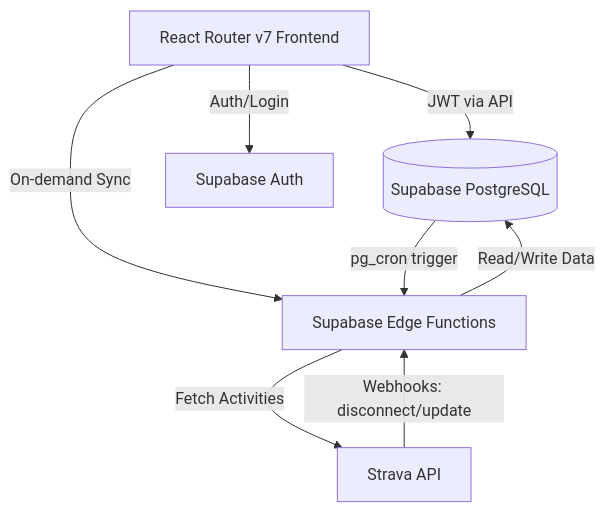
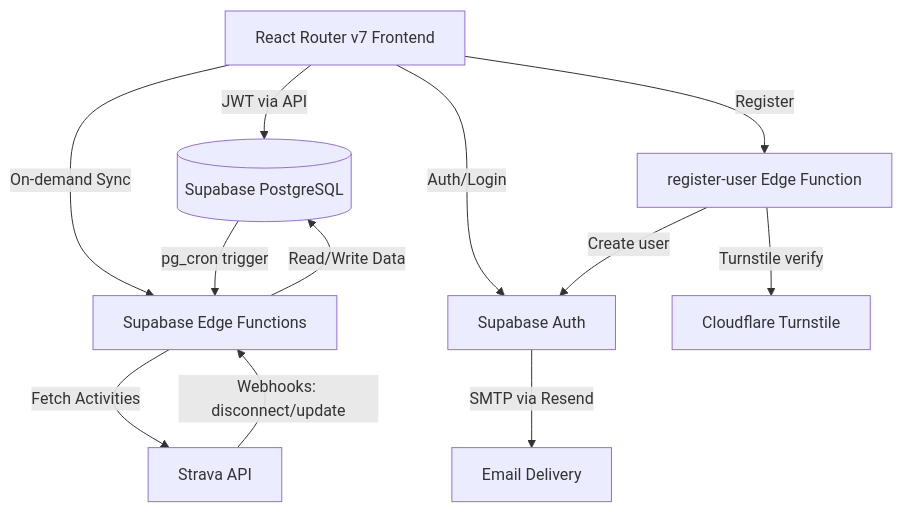
Before and after one commit to AC3m/synek: the first of 2 diagrams in docs/architecture/overview.md, drawn with Mermaid. The commit also changed other lines of this file and 16 other files, not shown here.

````diff
--- a/docs/architecture/overview.md
+++ b/docs/architecture/overview.md
@@ -16,19 +18,24 @@
 ```mermaid
 graph TD;
     Client[React Router v7 Frontend]
     SupabaseDB[(Supabase PostgreSQL)]
     EdgeAuth[Supabase Auth]
     EdgeFunc[Supabase Edge Functions]
     StravaAPI[Strava API]
 
     Client -->|JWT via API| SupabaseDB
     Client -->|Auth/Login| EdgeAuth
     Client -->|On-demand Sync| EdgeFunc
+    Client -->|Register| RegFunc[register-user Edge Function]
+
+    EdgeAuth -->|SMTP via Resend| Email[Email Delivery]
+    RegFunc -->|Turnstile verify| CF[Cloudflare Turnstile]
+    RegFunc -->|Create user| EdgeAuth
 
     EdgeFunc -->|Fetch Activities| StravaAPI
     EdgeFunc -->|Read/Write Data| SupabaseDB
-    
+
     StravaAPI -->|Webhooks: disconnect/update| EdgeFunc
-    
+
     SupabaseDB -->|pg_cron trigger| EdgeFunc
 ```
````
